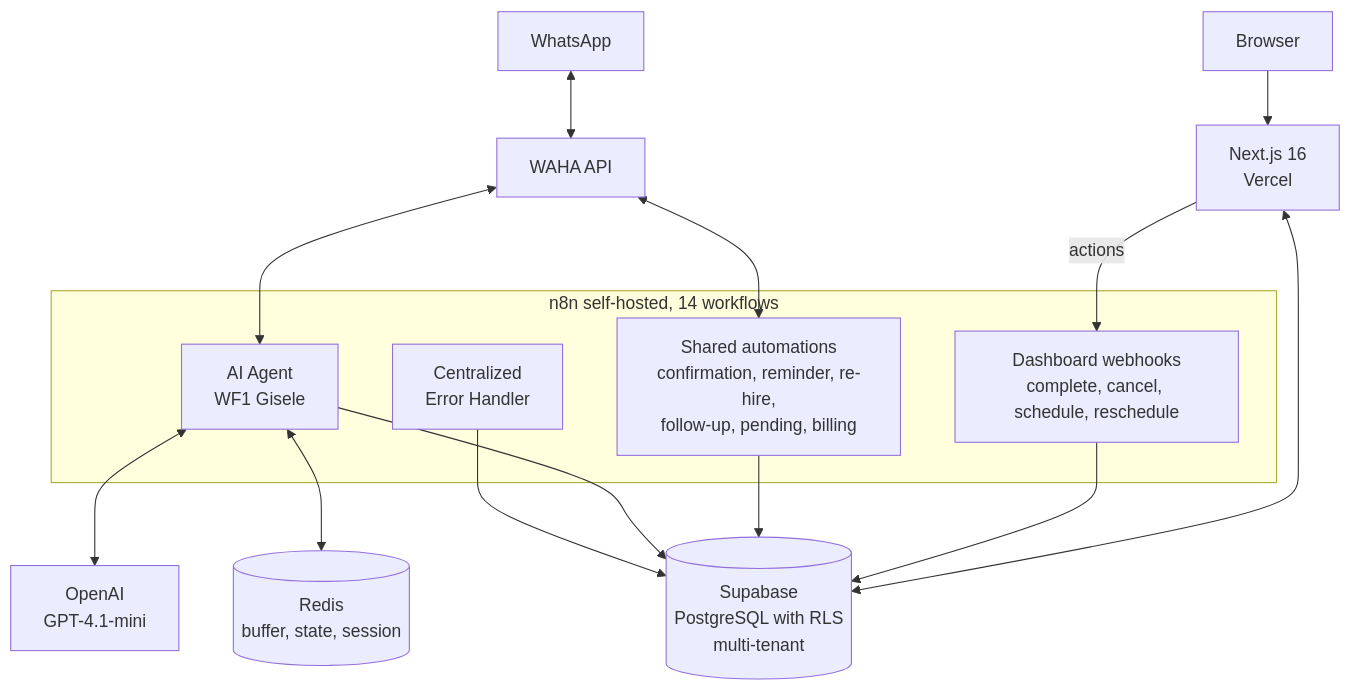
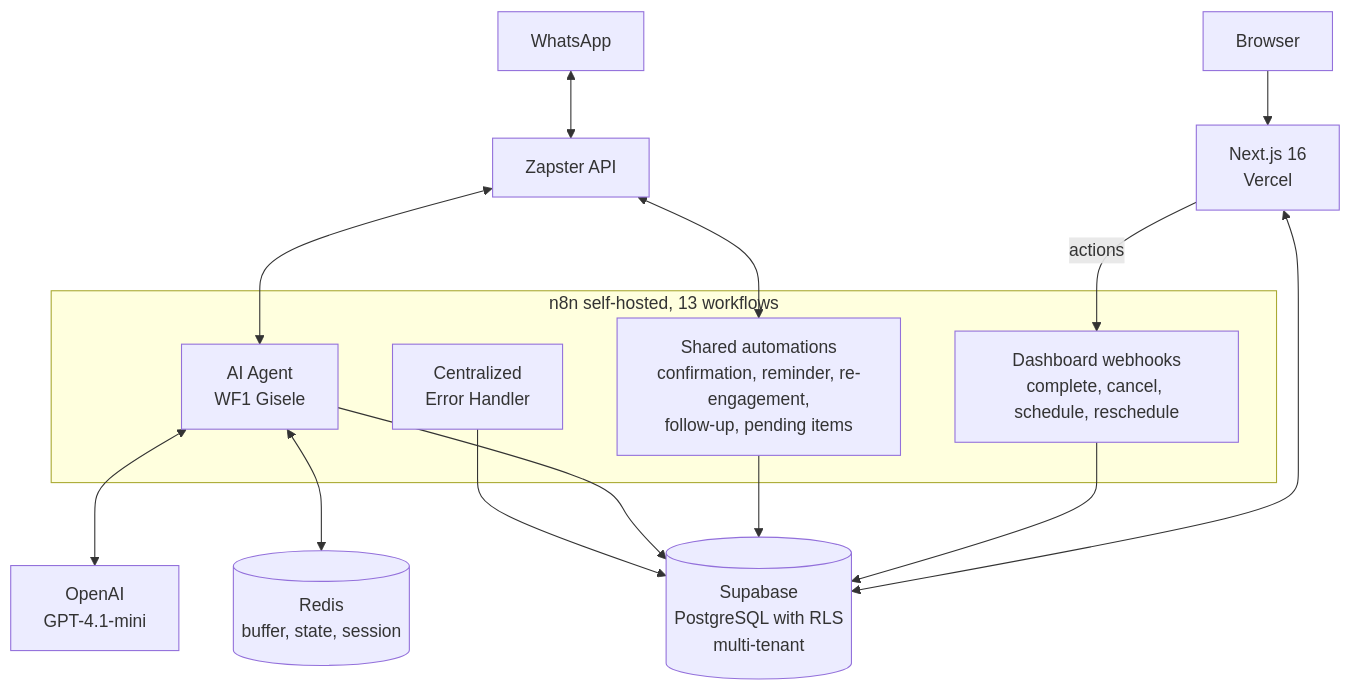
Before and after one commit to Guilherme-Bosco/mns-control-showcase: the diagram in README.md, drawn with Mermaid. The commit also changed other lines of this file, not shown here.

````diff
--- a/README.md
+++ b/README.md
@@ -82,32 +82,32 @@
 ```mermaid
 flowchart TB
     WA["WhatsApp"]
-    WAHA["WAHA API"]
+    Zap["Zapster API"]
     GPT["OpenAI<br/>GPT-4.1-mini"]
     Redis[("Redis<br/>buffer, state, session")]
 
-    subgraph n8n_layer["n8n self-hosted, 14 workflows"]
+    subgraph n8n_layer["n8n self-hosted, 13 workflows"]
         Agent["AI Agent<br/>WF1 Gisele"]
-        Auto["Shared automations<br/>confirmation, reminder, re-hire,<br/>follow-up, pending, billing"]
+        Auto["Shared automations<br/>confirmation, reminder, re-engagement,<br/>follow-up, pending items"]
         Webhooks["Dashboard webhooks<br/>complete, cancel, schedule, reschedule"]
         ErrHandler["Centralized<br/>Error Handler"]
     end
 
     Browser["Browser"]
     NextJS["Next.js 16<br/>Vercel"]
     Supabase[("Supabase<br/>PostgreSQL with RLS<br/>multi-tenant")]
 
-    WA <--> WAHA
-    WAHA <--> Agent
-    WAHA <--> Auto
+    WA <--> Zap
+    Zap <--> Agent
+    Zap <--> Auto
     Agent <--> GPT
     Agent <--> Redis
 
     Browser --> NextJS
     NextJS <--> Supabase
     NextJS -->|actions| Webhooks
     Webhooks --> Supabase
     Auto --> Supabase
     Agent --> Supabase
     ErrHandler --> Supabase
 ```
````
